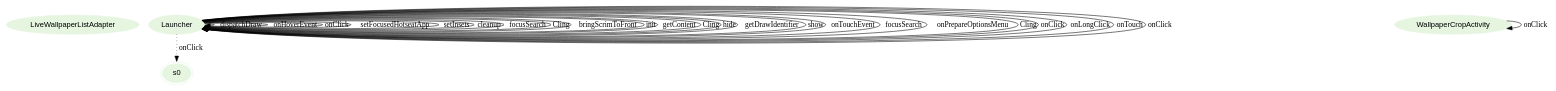
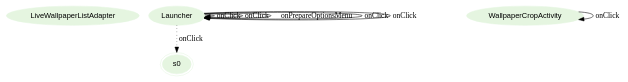
One commit to hans89/astparser changed the diagram in graphviz/Launcher3.gv. Above: the diagram before and after it, drawn with Graphviz. The commit also changed 39 other files, not shown here.

```diff
--- a/graphviz/Launcher3.gv
+++ b/graphviz/Launcher3.gv
@@ -1,33 +1,15 @@
 digraph {
 fontname="Helvetica";
 node[style=filled, fontname="Helvetica", colorscheme=greens3, color=1];
 LiveWallpaperListAdapter;
 Launcher;
+WallpaperCropActivity;
 s0[peripheries=2];
-WallpaperCropActivity;
-Launcher -> Launcher[label="dispatchDraw"];
+Launcher -> Launcher[label="onClick"];
+Launcher -> Launcher[label="onClick"];
+Launcher -> Launcher[label="onPrepareOptionsMenu"];
 Launcher -> s0[label="onClick",style=dotted];
-Launcher -> Launcher[label="onHoverEvent"];
-Launcher -> Launcher[label="onClick"];
-Launcher -> Launcher[label="setFocusedHotseatApp"];
-Launcher -> Launcher[label="setInsets"];
-Launcher -> Launcher[label="cleanup"];
-Launcher -> Launcher[label="focusSearch"];
-Launcher -> Launcher[label="Cling"];
-Launcher -> Launcher[label="bringScrimToFront"];
-Launcher -> Launcher[label="init"];
-Launcher -> Launcher[label="getContent"];
-Launcher -> Launcher[label="Cling"];
-Launcher -> Launcher[label="hide"];
-Launcher -> Launcher[label="getDrawIdentifier"];
-Launcher -> Launcher[label="show"];
-Launcher -> Launcher[label="onTouchEvent"];
-Launcher -> Launcher[label="focusSearch"];
-Launcher -> Launcher[label="onPrepareOptionsMenu"];
-Launcher -> Launcher[label="Cling"];
 Launcher -> Launcher[label="onClick"];
 WallpaperCropActivity -> WallpaperCropActivity[label="onClick"];
-Launcher -> Launcher[label="onLongClick"];
-Launcher -> Launcher[label="onTouch"];
 Launcher -> Launcher[label="onClick"];
 }
```
